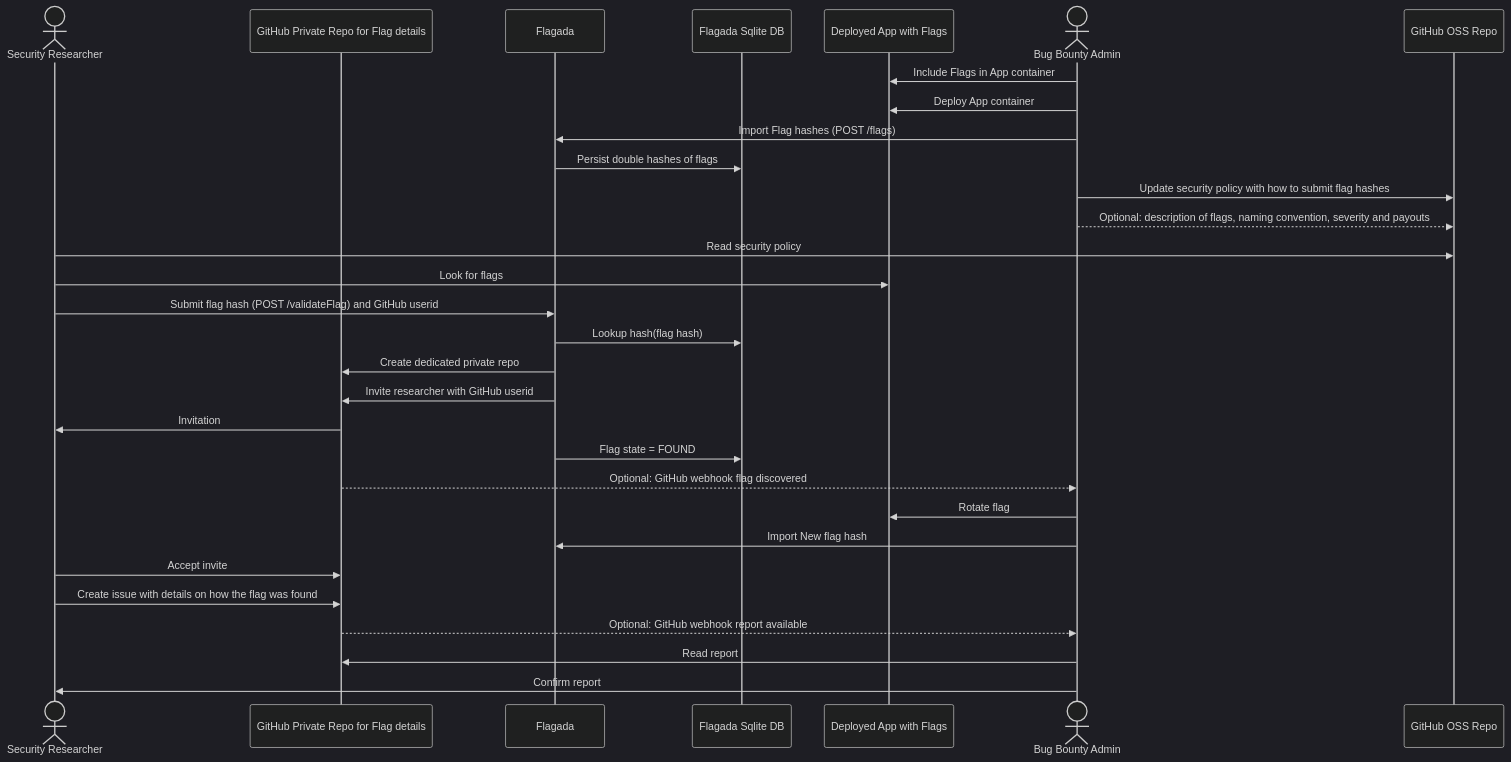
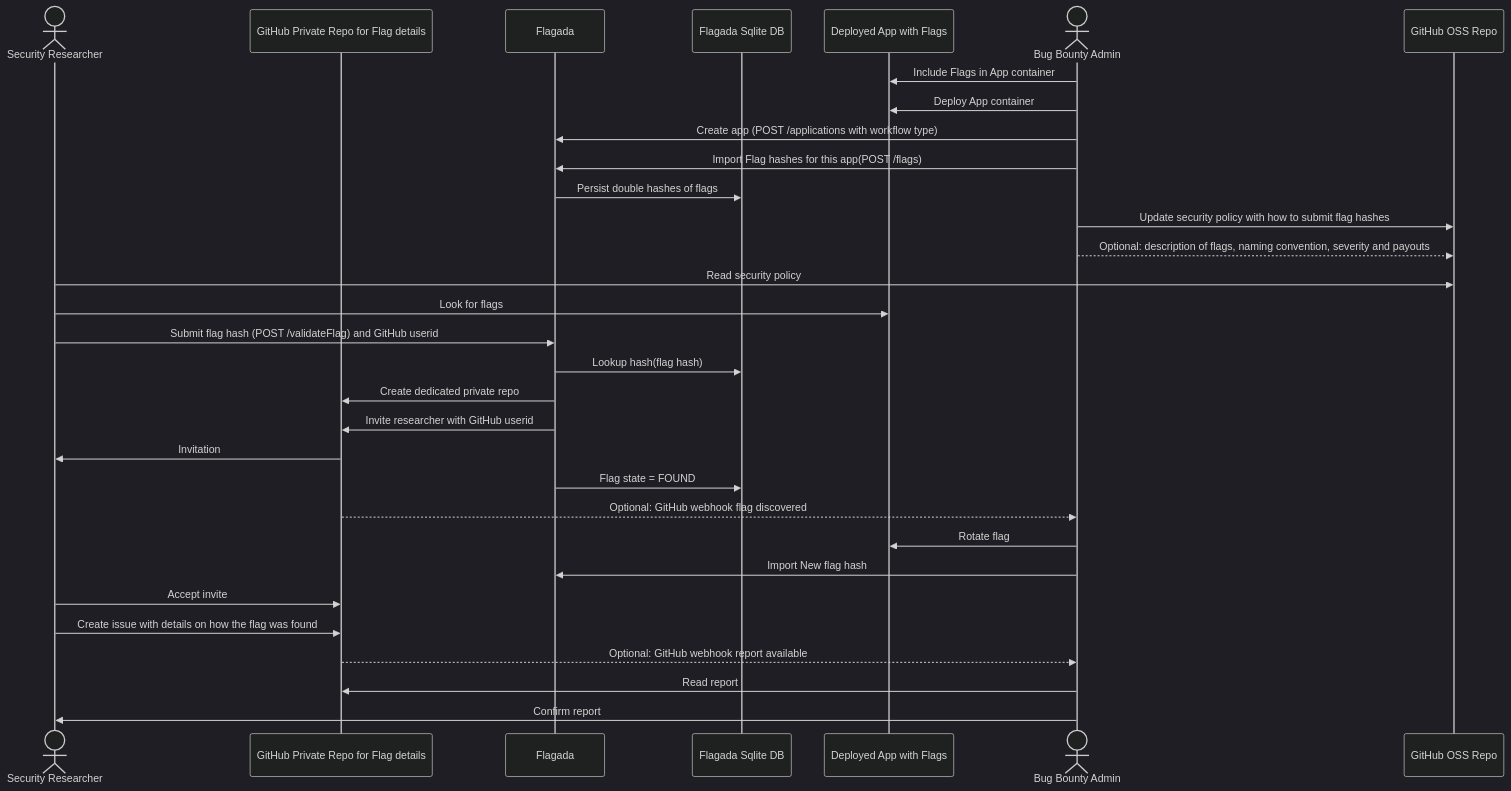
One commit to appsecmatters/flagada changed the diagram in opensource_workflow.md. Above: the diagram before and after it, drawn with Mermaid (dark theme). The commit also changed 7 other files, not shown here.

First line of the commit message:
Add applications table, workflow engine, and CRUD endpoints

````diff
--- a/opensource_workflow.md
+++ b/opensource_workflow.md
@@ -3,41 +3,42 @@
 ```mermaid
 sequenceDiagram
     actor Researcher as Security Researcher
     participant GitHub2 as GitHub Private Repo for Flag details
     participant Flagada
     participant DB as Flagada Sqlite DB
     participant App as Deployed App with Flags
     actor Admin as Bug Bounty Admin
     participant GitHub as GitHub OSS Repo
 
     Admin->>App: Include Flags in App container
     Admin->>App: Deploy App container
-    Admin->>Flagada: Import Flag hashes (POST /flags)
+    Admin->>Flagada: Create app (POST /applications with workflow type)
+    Admin->>Flagada: Import Flag hashes for this app(POST /flags)
     Flagada->>DB: Persist double hashes of flags
     Admin->>GitHub: Update security policy with how to submit flag hashes
     Admin-->>GitHub: Optional: description of flags, naming convention, severity and payouts
     
     Researcher->>GitHub: Read security policy
     Researcher->>App: Look for flags
 
     Researcher->>Flagada: Submit flag hash (POST /validateFlag) and GitHub userid
     Flagada->>DB: Lookup hash(flag hash)
 
     Flagada->>GitHub2: Create dedicated private repo
     Flagada->>GitHub2: Invite researcher with GitHub userid
     GitHub2->>Researcher: Invitation
     Flagada->>DB: Flag state = FOUND
     GitHub2-->>Admin: Optional: GitHub webhook flag discovered
 
     Admin->>App: Rotate flag
     Admin->>Flagada: Import New flag hash
 
     Researcher->>GitHub2: Accept invite
 
     Researcher->>GitHub2: Create issue with details on how the flag was found
     GitHub2-->>Admin: Optional: GitHub webhook report available
 
     Admin->>GitHub2: Read report
     Admin->>Researcher: Confirm report
 
 ```
````
